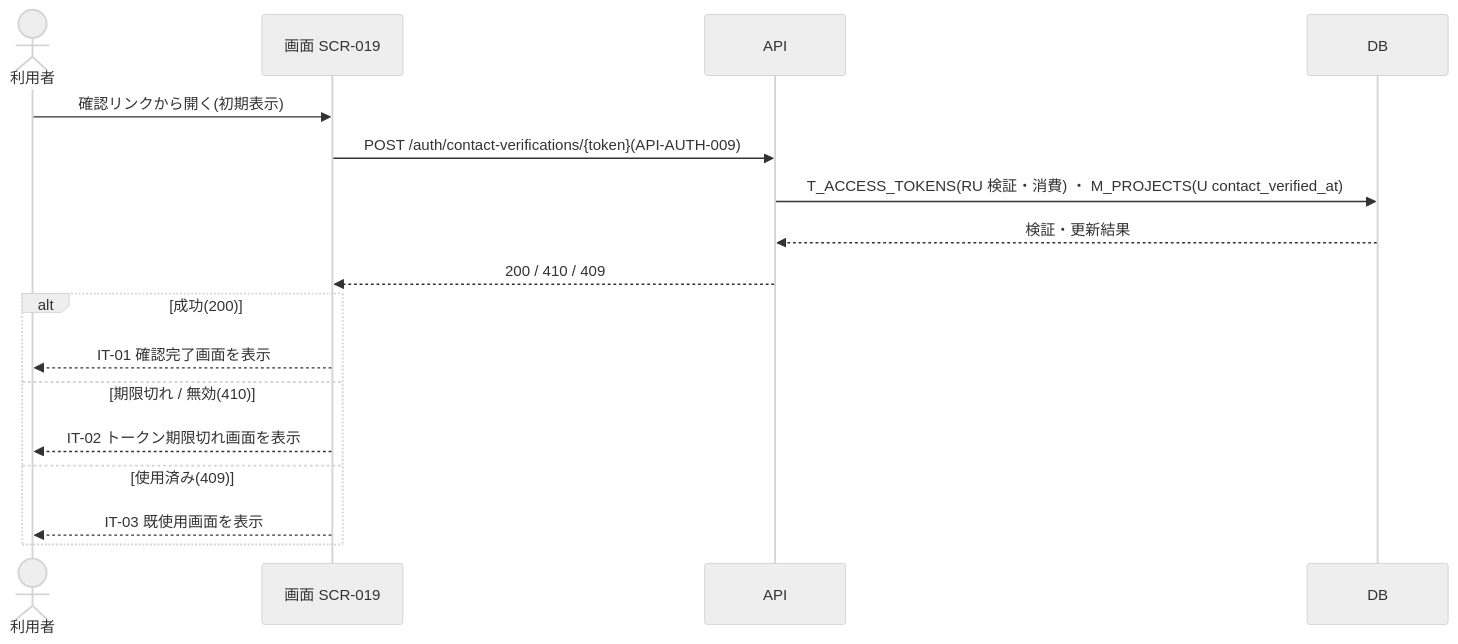
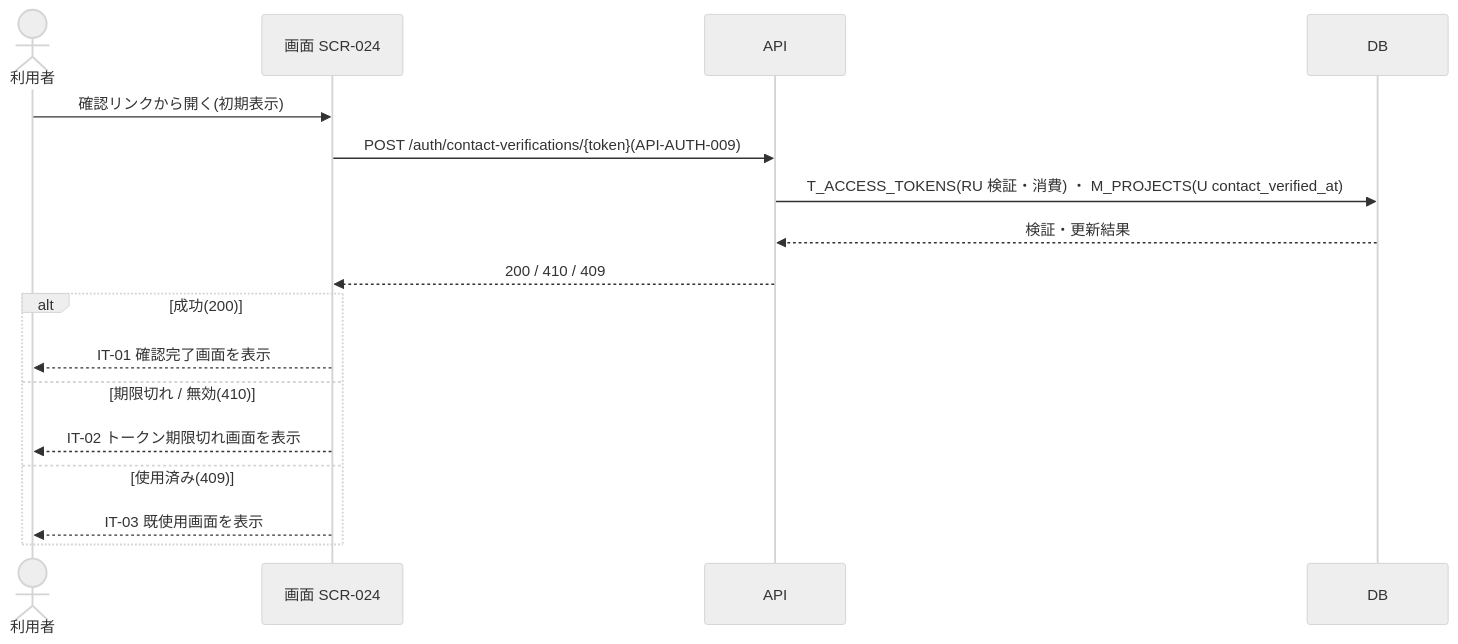
Before and after one commit to sikakou54/open-faq: the diagram in 01_requirements/02_business_usecases/UC-194.md, drawn with Mermaid (neutral theme). The commit also changed other lines of this file and 617 other files, not shown here.

````diff
--- a/01_requirements/02_business_usecases/UC-194.md
+++ b/01_requirements/02_business_usecases/UC-194.md
@@ -42,19 +42,19 @@
 ```mermaid
 sequenceDiagram
   actor U as 利用者
-  participant S as 画面 SCR-019
+  participant S as 画面 SCR-024
   participant API as API
   participant DB as DB
   U->>S: 確認リンクから開く(初期表示)
   S->>API: POST /auth/contact-verifications/{token}(API-AUTH-009)
   API->>DB: T_ACCESS_TOKENS(RU 検証・消費) ・ M_PROJECTS(U contact_verified_at)
   DB-->>API: 検証・更新結果
   API-->>S: 200 / 410 / 409
   alt 成功(200)
     S-->>U: IT-01 確認完了画面を表示
   else 期限切れ / 無効(410)
     S-->>U: IT-02 トークン期限切れ画面を表示
   else 使用済み(409)
     S-->>U: IT-03 既使用画面を表示
   end
 ```
````
